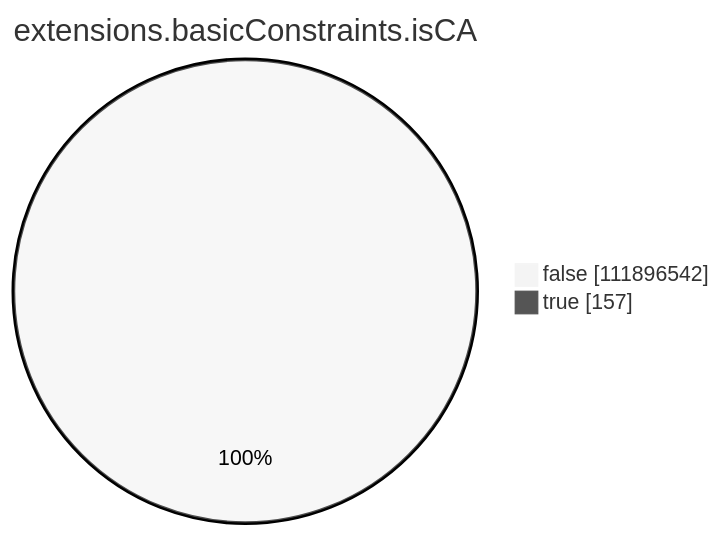
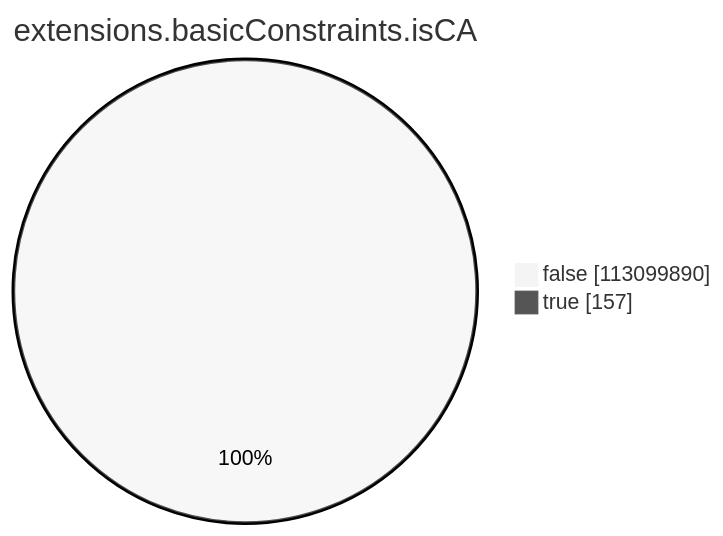
The seventh of 15 diagrams in argon2023/README.md (christiankrug/ctmonitor_visualization), drawn with Mermaid (neutral theme) before and after one commit. The commit also changed other lines of this file, not shown here.

````diff
--- a/argon2023/README.md
+++ b/argon2023/README.md
@@ -2139,6 +2141,6 @@
 ```mermaid
 pie showData
 title extensions.basicConstraints.isCA
-"false" :111896542
+"false" :113099890
 "true" :157
 ```
````
